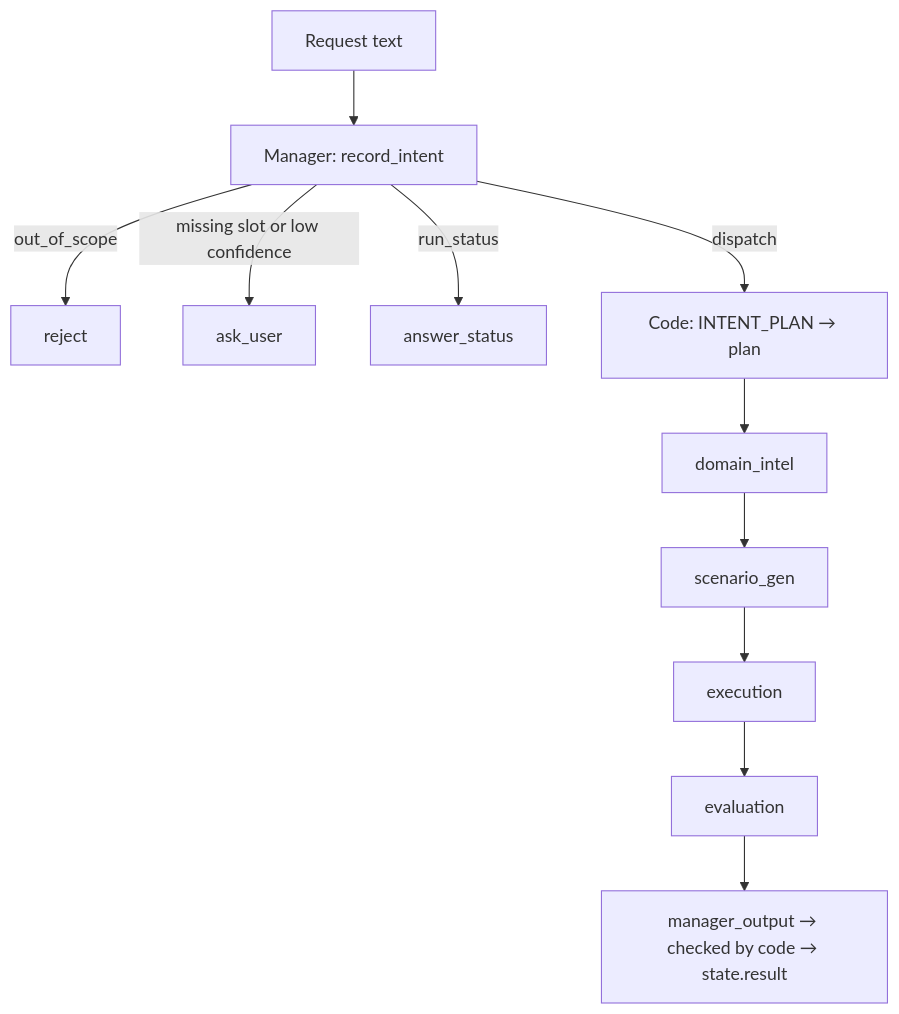
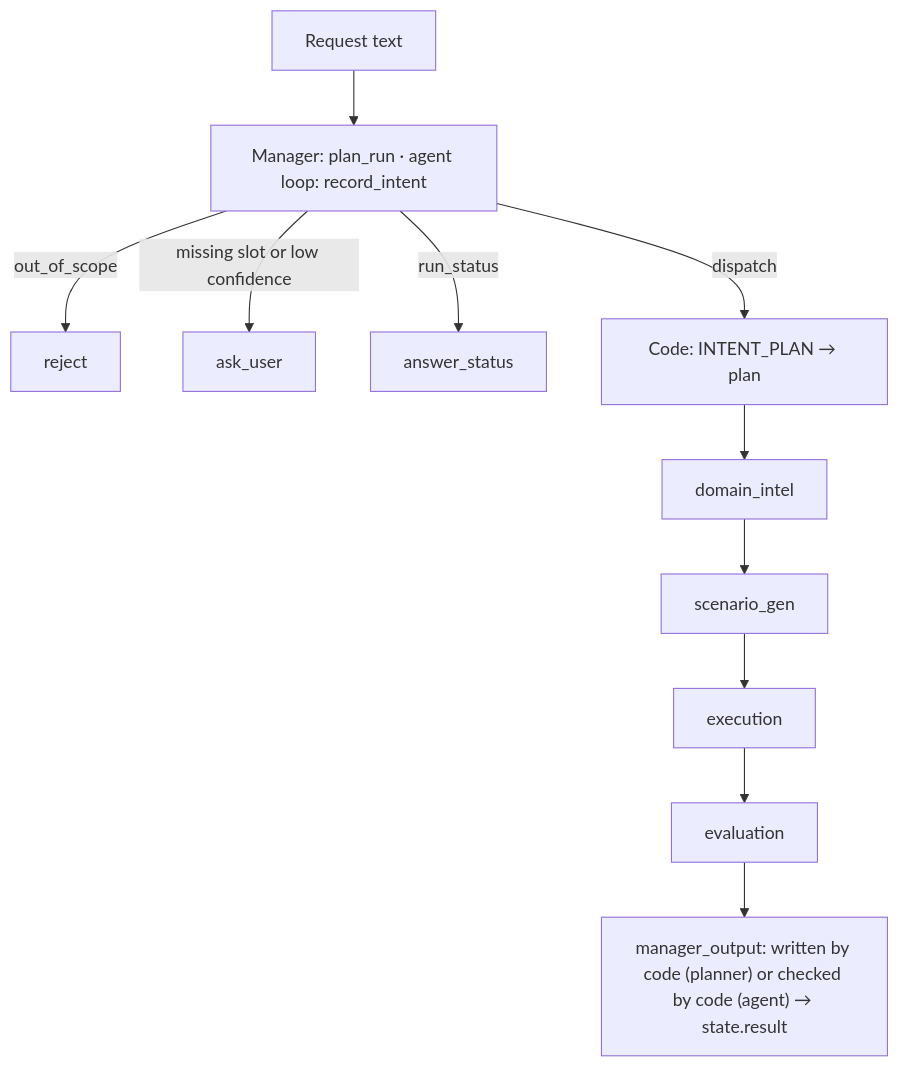
The diagram in docs/02-architecture/pipeline.md (aozan88/ecvt), drawn with Mermaid before and after one commit. The commit also changed other lines of this file and 3 other files, not shown here.

First line of the commit message:
docs(manager): ADR 0020 draft, spec and architecture for planner mode

````diff
--- a/docs/02-architecture/pipeline.md
+++ b/docs/02-architecture/pipeline.md
@@ -17,10 +17,10 @@
 ```mermaid
 flowchart TD
-    IN[Request text] --> RI[Manager: record_intent]
+    IN[Request text] --> RI[Manager: plan_run · agent loop: record_intent]
     RI -->|out_of_scope| REJ[reject]
     RI -->|missing slot or low confidence| ASK[ask_user]
     RI -->|run_status| ST[answer_status]
     RI -->|dispatch| PLAN[Code: INTENT_PLAN → plan]
     PLAN --> S1[domain_intel] --> S2[scenario_gen] --> S3[execution] --> S4[evaluation]
-    S4 --> OUT[manager_output → checked by code → state.result]
+    S4 --> OUT["manager_output: written by code (planner) or checked by code (agent) → state.result"]
 ```
````
